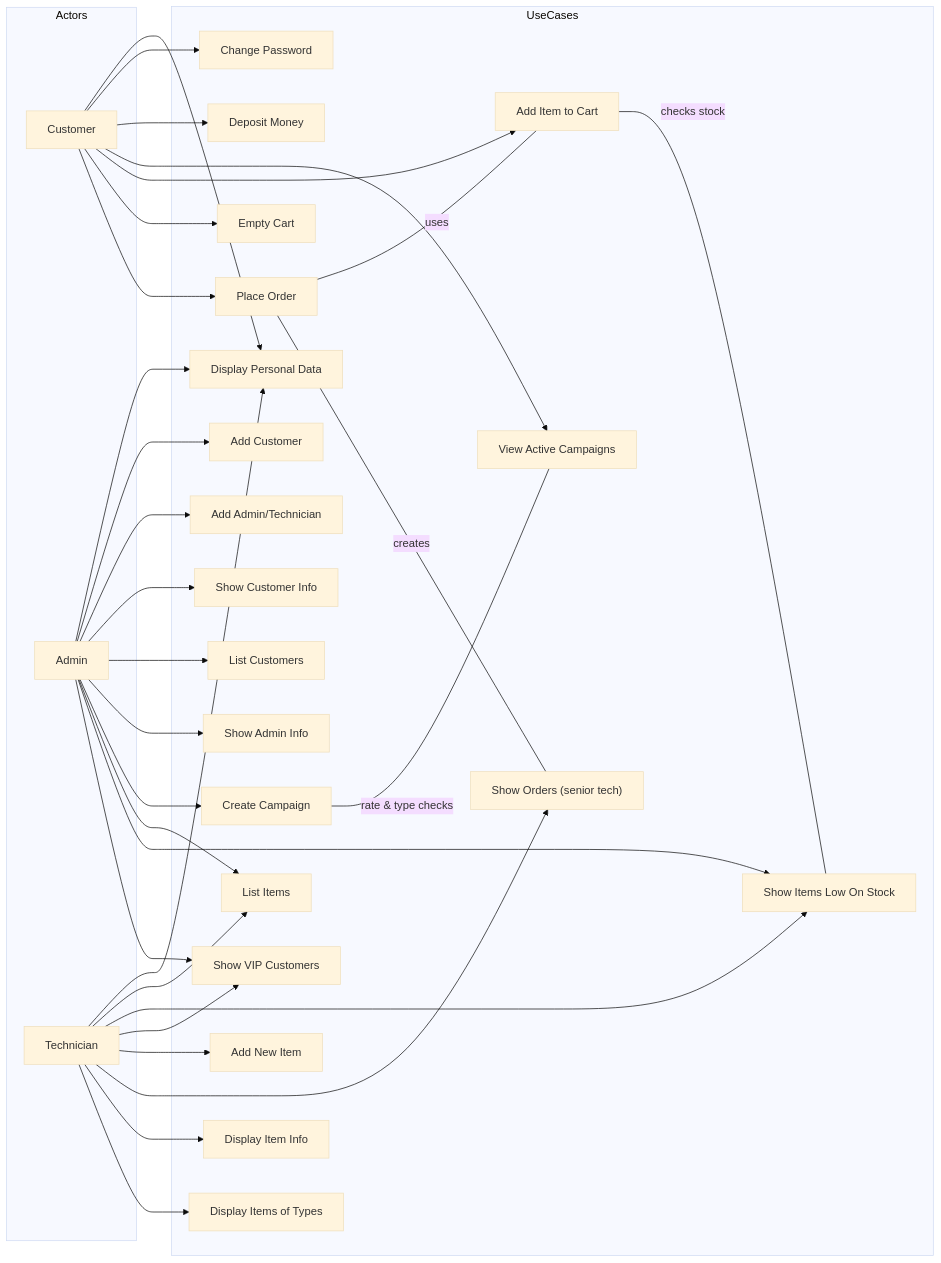
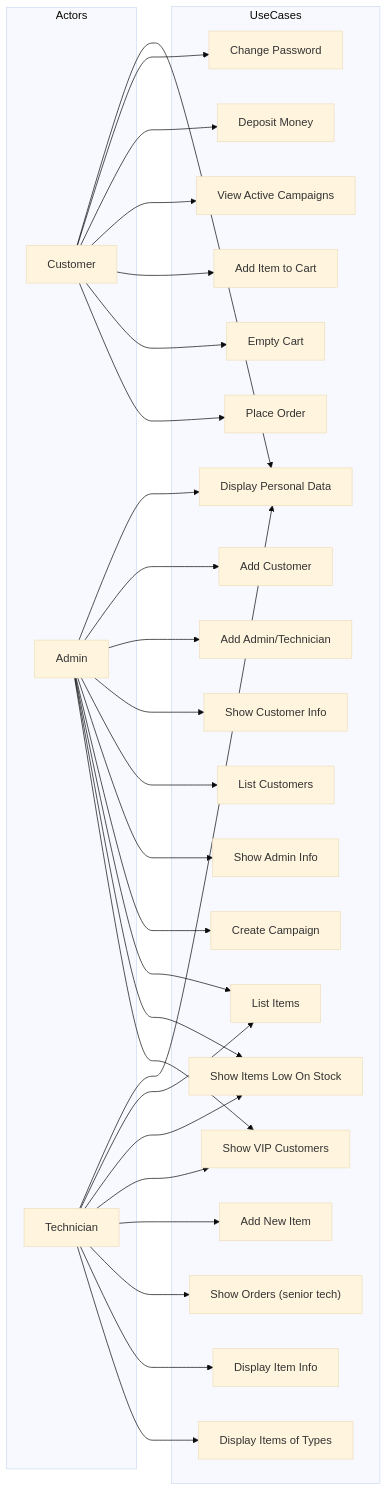
Before and after one commit to sutkucanverdi/SENG271-project: the diagram in usecase.mmd, drawn with Mermaid (base theme).

Commit message:
Clarify user access and clean up relationships
Updated comments for clarity and removed unused relationship hints.

```diff
--- a/usecase.mmd
+++ b/usecase.mmd
@@ -1,68 +1,62 @@
 flowchart LR
   subgraph Actors
     C[Customer]
     A[Admin]
     T[Technician]
   end
 
   subgraph UseCases
     viewPersonal["Display Personal Data"]
     changePass["Change Password"]
     deposit["Deposit Money"]
     viewCampaigns["View Active Campaigns"]
     addToCart["Add Item to Cart"]
     emptyCart["Empty Cart"]
     placeOrder["Place Order"]
     addCustomer["Add Customer"]
     addEmployee["Add Admin/Technician"]
     showCustomerInfo["Show Customer Info"]
     showCustomers["List Customers"]
     showAdminInfo["Show Admin Info"]
     createCampaign["Create Campaign"]
     listItems["List Items"]
     showItemsLow["Show Items Low On Stock"]
     showVIP["Show VIP Customers"]
     addItem["Add New Item"]
     showOrders["Show Orders (senior tech)"]
     dispItemInfo["Display Item Info"]
     dispItemsOf["Display Items of Types"]
   end
 
-  %% Links: all users
+  %% All users can display their own personal data
   C --> viewPersonal
   A --> viewPersonal
   T --> viewPersonal
 
   %% Customer actions
   C --> changePass
   C --> deposit
   C --> viewCampaigns
   C --> addToCart
   C --> emptyCart
   C --> placeOrder
 
   %% Admin actions
   A --> addCustomer
   A --> addEmployee
   A --> showCustomerInfo
   A --> showCustomers
   A --> showAdminInfo
   A --> createCampaign
   A --> listItems
   A --> showItemsLow
   A --> showVIP
 
   %% Technician actions
   T --> listItems
   T --> showItemsLow
   T --> showVIP
   T --> addItem
   T --> showOrders
   T --> dispItemInfo
   T --> dispItemsOf
-
-  %% Shared / relationships hints (visual guidance)
-  addToCart ---|checks stock| showItemsLow
-  createCampaign ---|rate & type checks| viewCampaigns
-  placeOrder ---|uses| addToCart
-  placeOrder ---|creates| showOrders
```
